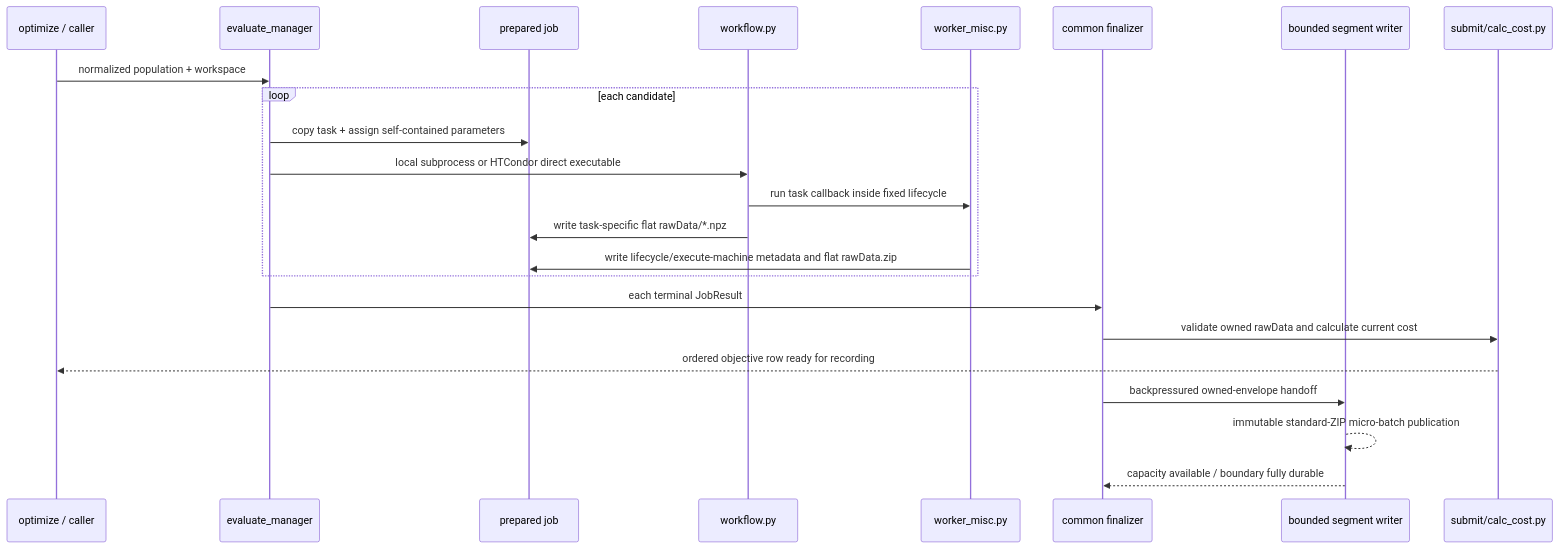
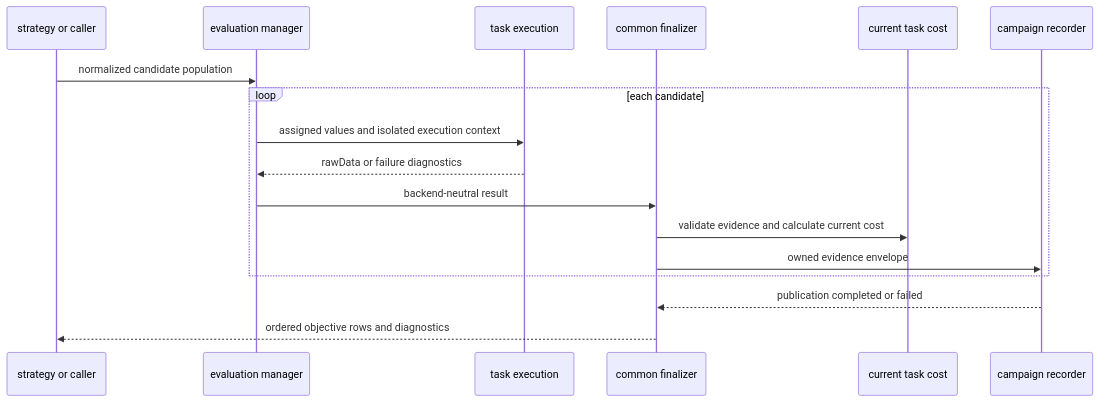
The diagram in dev_doc/architecture/4plus1_process_view.md (YS-Pan/yadof), drawn with Mermaid before and after one commit. The commit also changed other lines of this file and 35 other files, not shown here.

Commit message:
Condense architecture and separate admin docs

````diff
--- a/dev_doc/architecture/4plus1_process_view.md
+++ b/dev_doc/architecture/4plus1_process_view.md
@@ -5,25 +5,19 @@
 ```mermaid
 sequenceDiagram
-    participant O as optimize / caller
-    participant E as evaluate_manager
-    participant J as prepared job
-    participant W as workflow.py
-    participant S as worker_misc.py
+    participant O as strategy or caller
+    participant E as evaluation manager
+    participant T as task execution
     participant F as common finalizer
-    participant R as bounded segment writer
-    participant C as submit/calc_cost.py
-    O->>E: normalized population + workspace
+    participant C as current task cost
+    participant R as campaign recorder
+    O->>E: normalized candidate population
     loop each candidate
-        E->>J: copy task + assign self-contained parameters
-        E->>W: local subprocess or HTCondor direct executable
-        W->>S: run task callback inside fixed lifecycle
-        W->>J: write task-specific flat rawData/*.npz
-        S->>J: write lifecycle/execute-machine metadata and flat rawData.zip
+        E->>T: assigned values and isolated execution context
+        T-->>E: rawData or failure diagnostics
+        E->>F: backend-neutral result
+        F->>C: validate evidence and calculate current cost
+        F->>R: owned evidence envelope
     end
-    E->>F: each terminal JobResult
-    F->>C: validate owned rawData and calculate current cost
-    C-->>O: ordered objective row ready for recording
-    F->>R: backpressured owned-envelope handoff
-    R-->>R: immutable standard-ZIP micro-batch publication
-    R-->>F: capacity available / boundary fully durable
+    R-->>F: publication completed or failed
+    F-->>O: ordered objective rows and diagnostics
 ```
````
